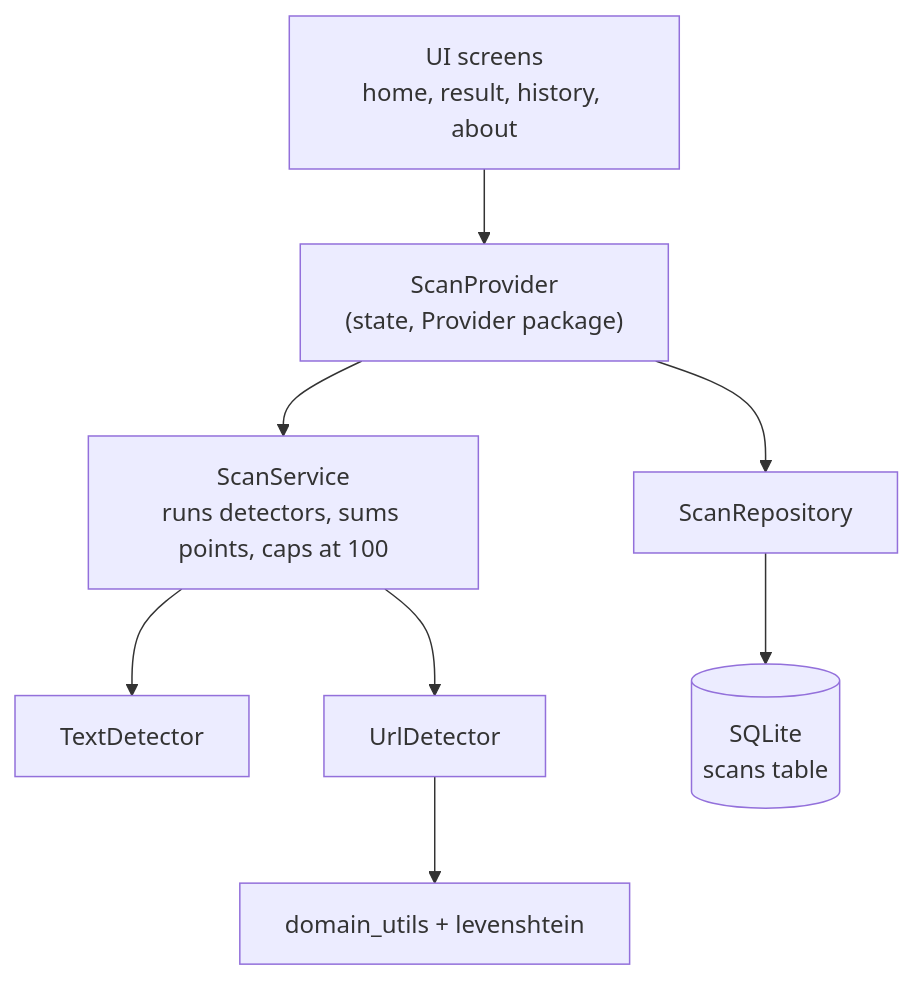
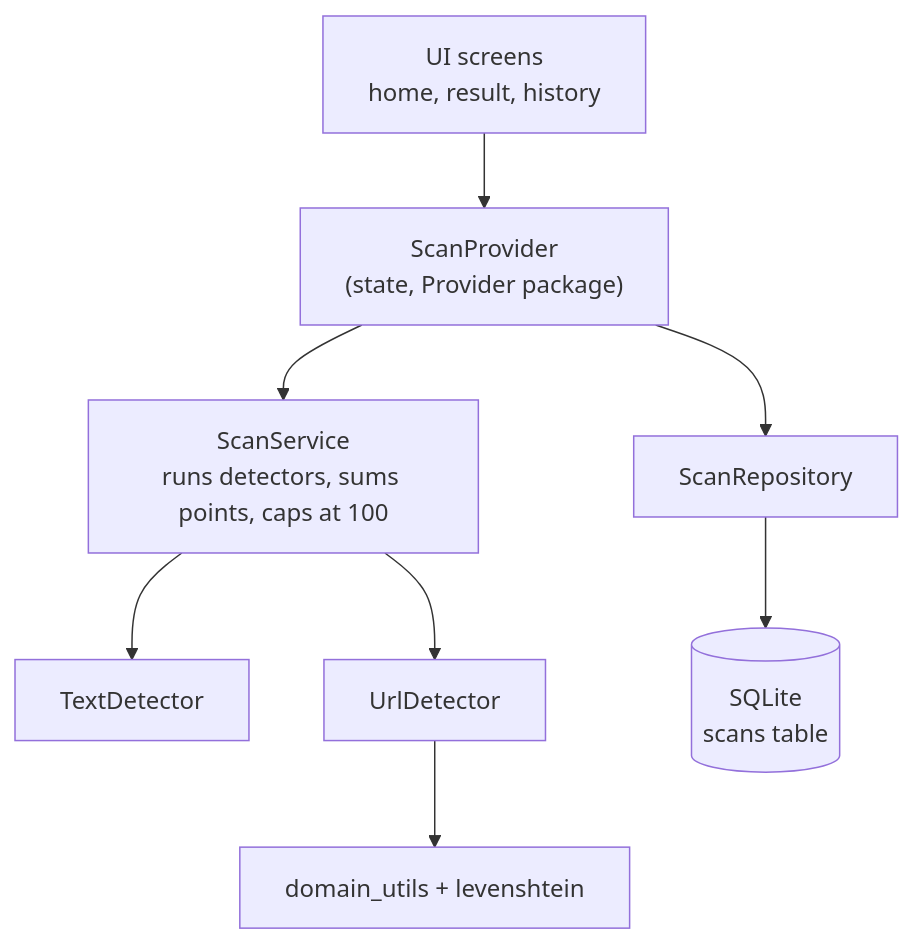
Before and after one commit to IMxPratham/Scam-Shield-India: the diagram in README.md, drawn with Mermaid. The commit also changed other lines of this file and 7 other files, not shown here.

````diff
--- a/README.md
+++ b/README.md
@@ -100,10 +123,10 @@
 ```mermaid
 flowchart TD
-    UI["UI screens<br/>home, result, history, about"] --> P["ScanProvider<br/>(state, Provider package)"]
+    UI["UI screens<br/>home, result, history"] --> P["ScanProvider<br/>(state, Provider package)"]
     P --> S["ScanService<br/>runs detectors, sums points, caps at 100"]
     S --> T["TextDetector"]
     S --> U["UrlDetector"]
     U --> D["domain_utils + levenshtein"]
     P --> R["ScanRepository"]
     R --> DB[("SQLite<br/>scans table")]
 ```
````
